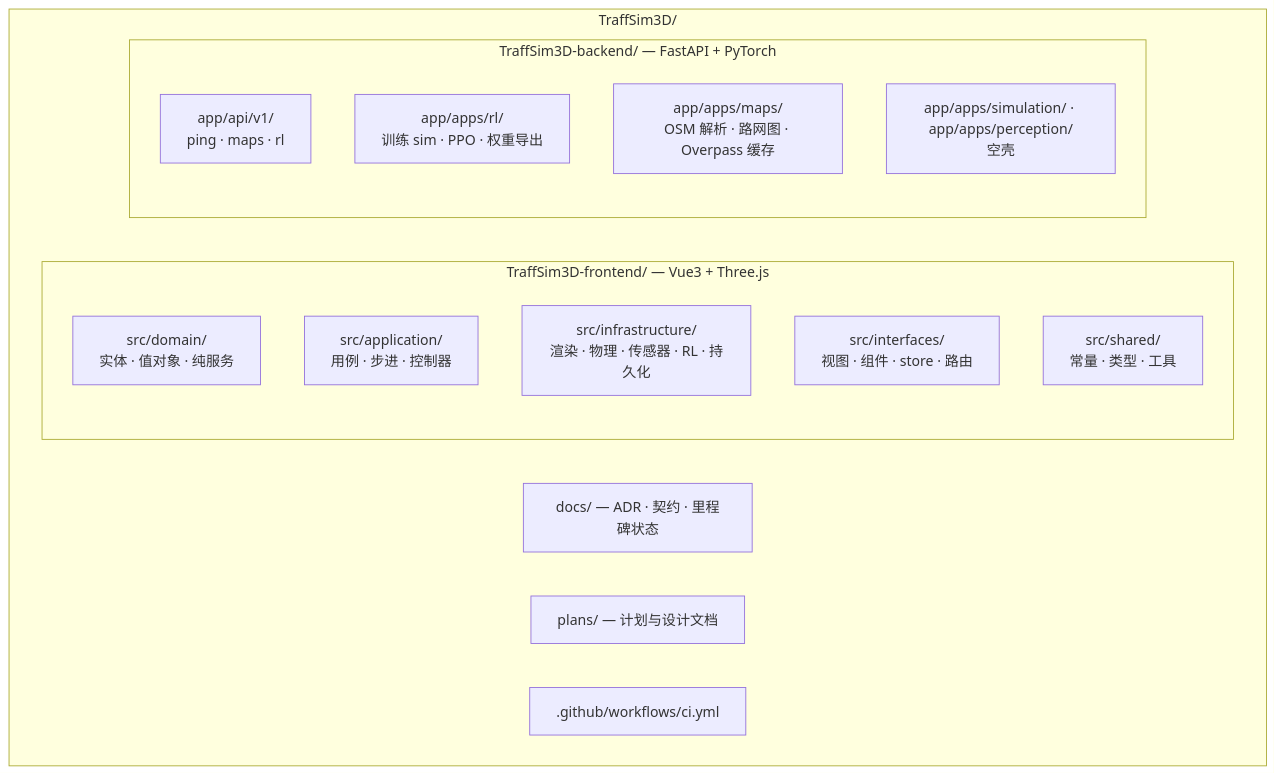
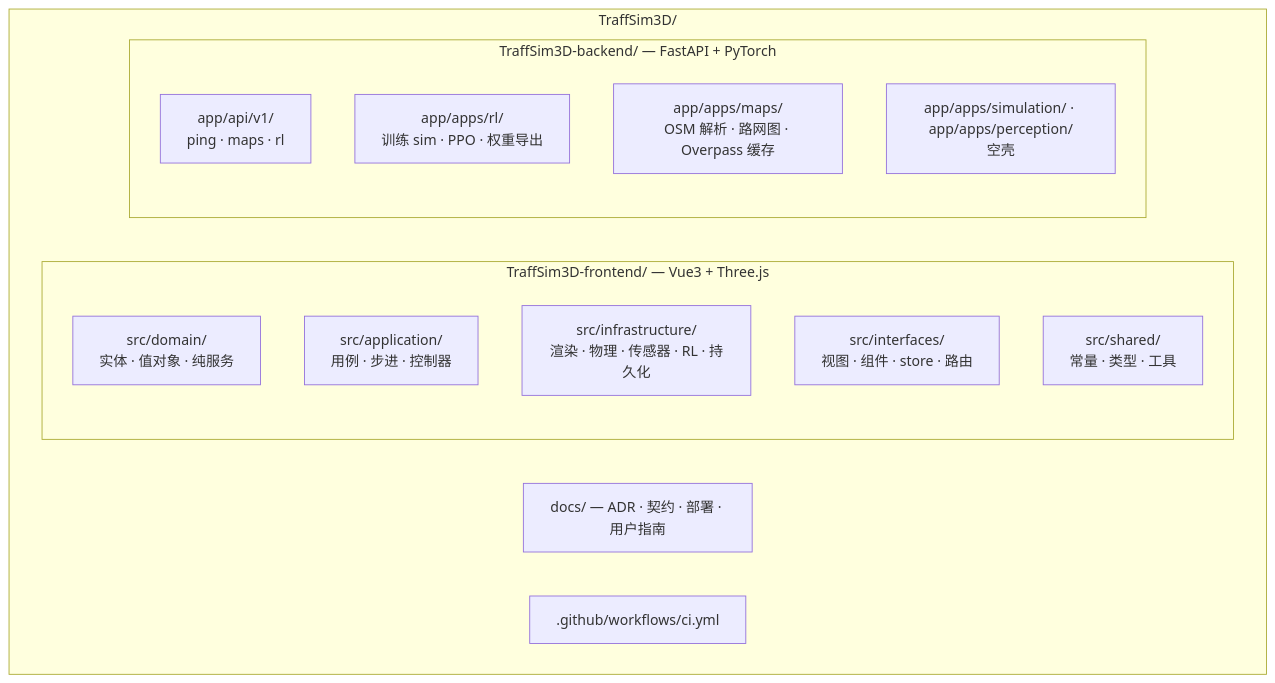
The first of 4 diagrams in docs/ARCHITECTURE.md (Echovagant/TraffSim3D), drawn with Mermaid before and after one commit. The commit also changed other lines of this file and 228 other files, not shown here.

````diff
--- a/docs/ARCHITECTURE.md
+++ b/docs/ARCHITECTURE.md
@@ -41,21 +39,20 @@
 ```mermaid
 flowchart TB
   subgraph repo["TraffSim3D/"]
     subgraph fe["TraffSim3D-frontend/ — Vue3 + Three.js"]
       feDomain["src/domain/<br/>实体 · 值对象 · 纯服务"]
       feApp["src/application/<br/>用例 · 步进 · 控制器"]
       feInfra["src/infrastructure/<br/>渲染 · 物理 · 传感器 · RL · 持久化"]
       feIface["src/interfaces/<br/>视图 · 组件 · store · 路由"]
       feShared["src/shared/<br/>常量 · 类型 · 工具"]
     end
     subgraph be["TraffSim3D-backend/ — FastAPI + PyTorch"]
       beApi["app/api/v1/<br/>ping · maps · rl"]
       beRl["app/apps/rl/<br/>训练 sim · PPO · 权重导出"]
       beMaps["app/apps/maps/<br/>OSM 解析 · 路网图 · Overpass 缓存"]
       beEmpty["app/apps/simulation/ · app/apps/perception/<br/>空壳"]
     end
-    docsN["docs/ — ADR · 契约 · 里程碑状态"]
-    plansN["plans/ — 计划与设计文档"]
+    docsN["docs/ — ADR · 契约 · 部署 · 用户指南"]
     ciN[".github/workflows/ci.yml"]
   end
 ```
````
